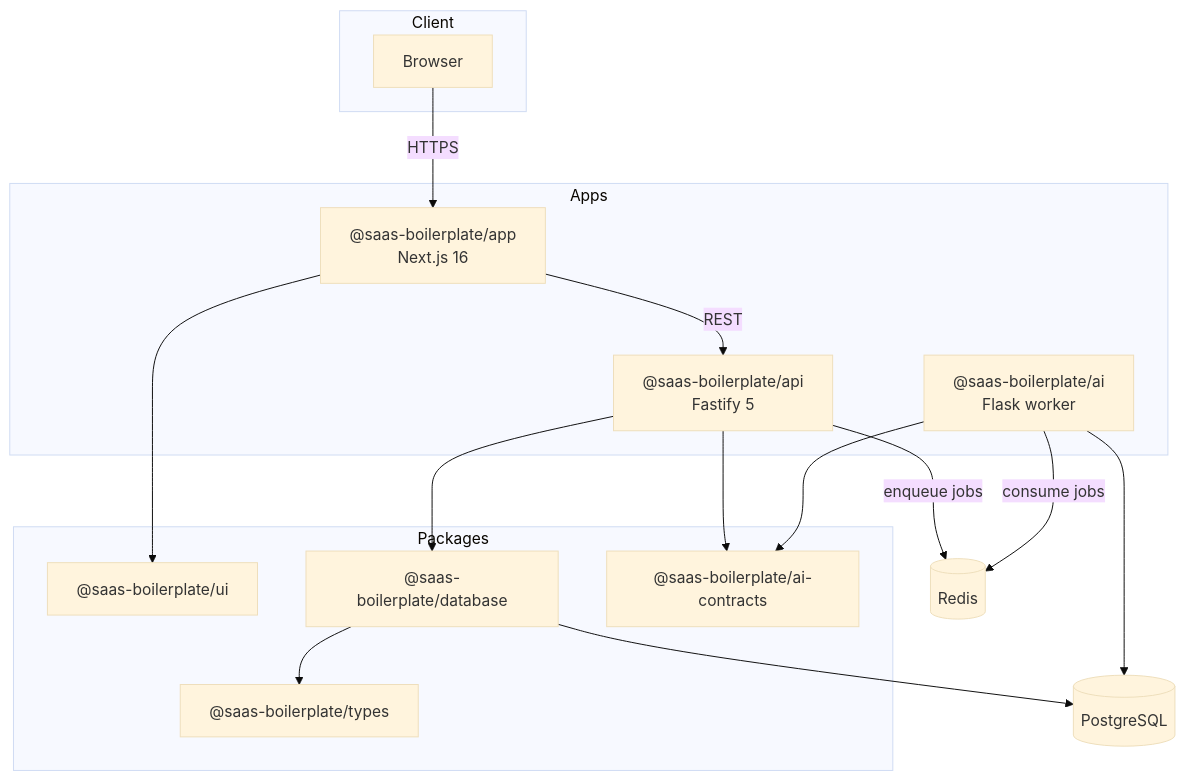
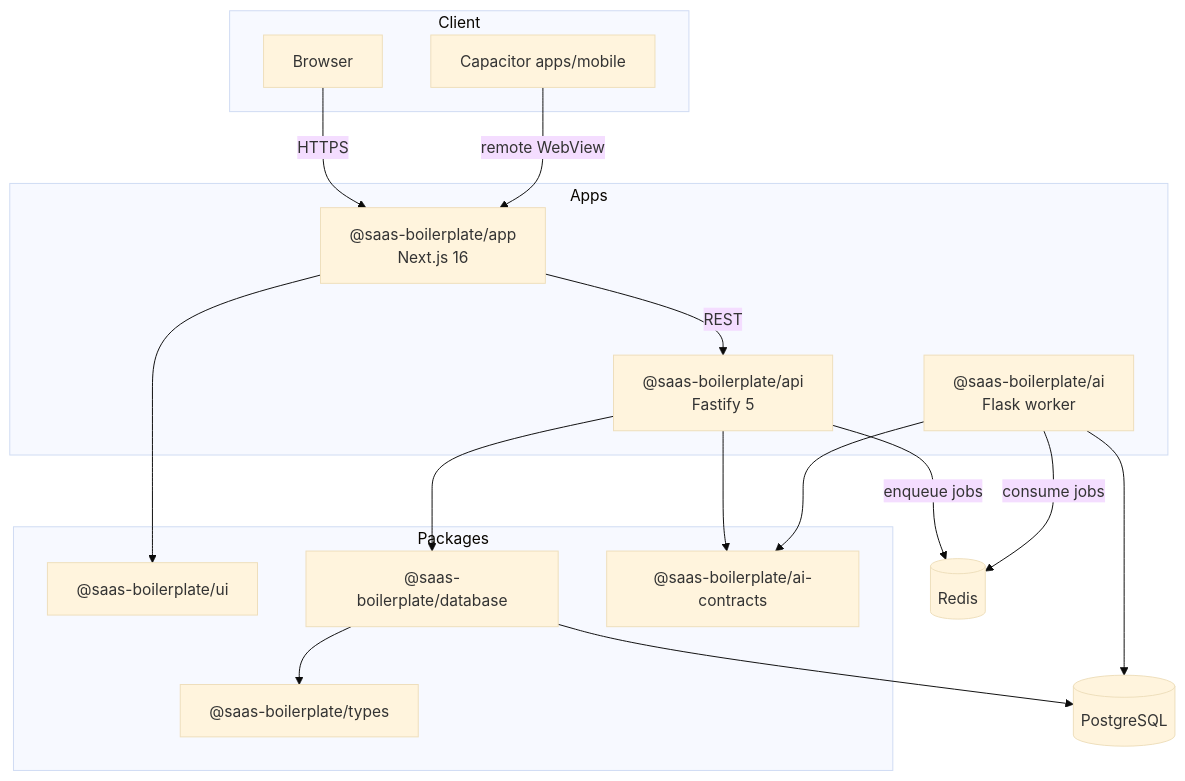
One commit to mansourhaa/matchyplus-site-test-front-end changed the diagram in README.md. Above: the diagram before and after it, drawn with Mermaid (base theme). The commit also changed other lines of this file and 130 other files, not shown here.

First line of the commit message:
feat(mobile): add Capacitor Android shell with Bearer auth for native

````diff
--- a/README.md
+++ b/README.md
@@ -9,34 +9,36 @@
 ```mermaid
 flowchart TB
     subgraph Client
         Browser[Browser]
+        Cap[Capacitor apps/mobile]
     end
 
     subgraph Apps
         App["@saas-boilerplate/app<br/>Next.js 16"]
         API["@saas-boilerplate/api<br/>Fastify 5"]
         AI["@saas-boilerplate/ai<br/>Flask worker"]
     end
 
     subgraph Packages
         UI["@saas-boilerplate/ui"]
         DB["@saas-boilerplate/database"]
         Types["@saas-boilerplate/types"]
         Contracts["@saas-boilerplate/ai-contracts"]
     end
 
     PG[(PostgreSQL)]
     Redis[(Redis)]
 
     Browser -->|HTTPS| App
+    Cap -->|remote WebView| App
     App -->|REST| API
     App --> UI
     API --> DB
     API -->|enqueue jobs| Redis
     AI -->|consume jobs| Redis
     AI --> PG
     DB --> Types
     DB --> PG
     API --> Contracts
     AI --> Contracts
 ```
````
